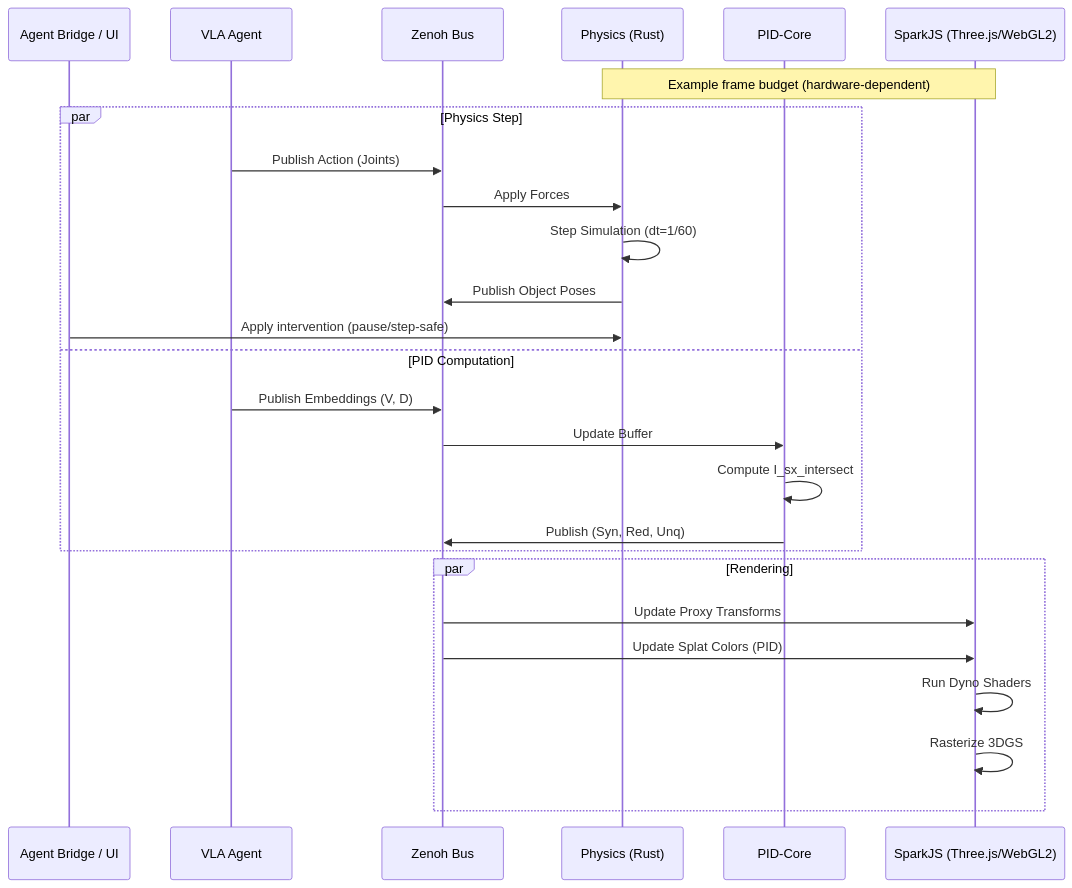
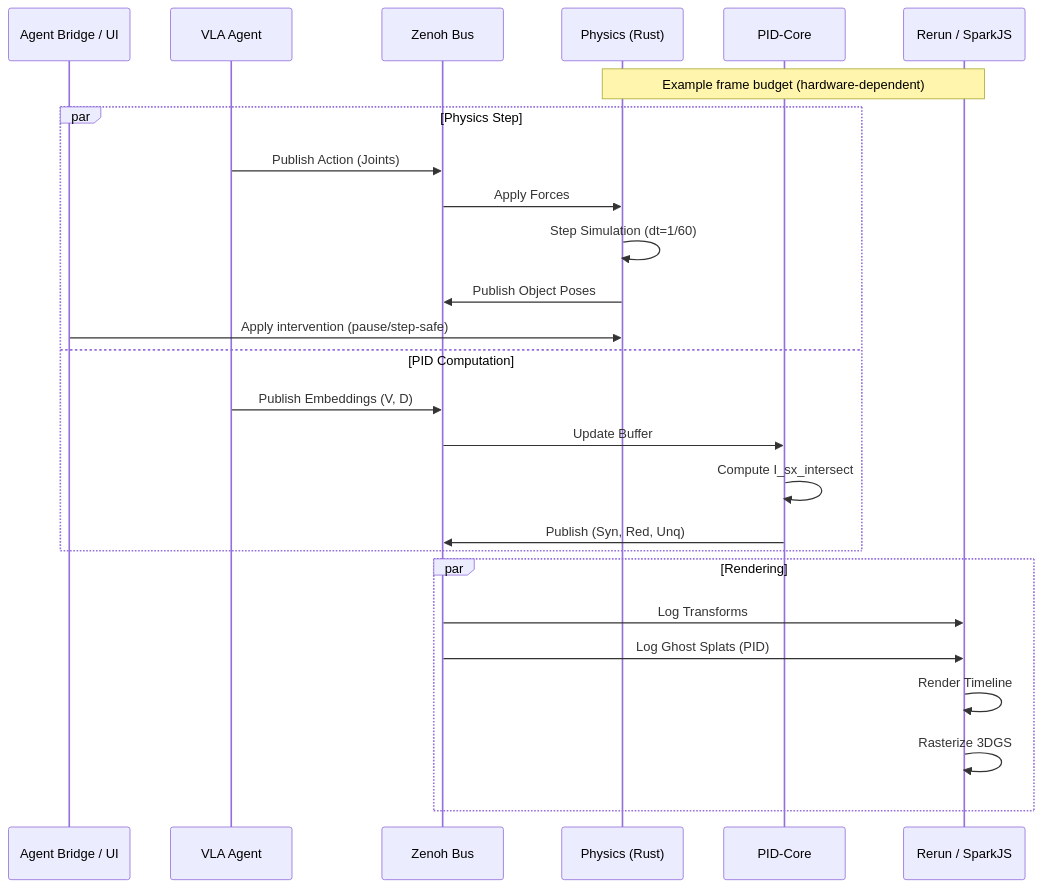
Before and after one commit to sepahead/prisoma: the second of 14 diagrams in DIAGRAMS.md, drawn with Mermaid. The commit also changed other lines of this file and 39 other files, not shown here.

````diff
--- a/DIAGRAMS.md
+++ b/DIAGRAMS.md
@@ -87,31 +87,31 @@
 ```mermaid
 sequenceDiagram
     participant Agent as Agent Bridge / UI
     participant VLA as VLA Agent
     participant Zenoh as Zenoh Bus
     participant Phys as Physics (Rust)
     participant PID as PID-Core
-    participant Spark as SparkJS (Three.js/WebGL2)
+    participant Vis as Rerun / SparkJS
 
-    Note over Phys,Spark: Example frame budget (hardware-dependent)
+    Note over Phys,Vis: Example frame budget (hardware-dependent)
 
     par Physics Step
         VLA->>Zenoh: Publish Action (Joints)
         Zenoh->>Phys: Apply Forces
         Phys->>Phys: Step Simulation (dt=1/60)
         Phys->>Zenoh: Publish Object Poses
         Agent->>Phys: Apply intervention (pause/step-safe)
     and PID Computation
         VLA->>Zenoh: Publish Embeddings (V, D)
         Zenoh->>PID: Update Buffer
         PID->>PID: Compute I_sx_intersect
         PID->>Zenoh: Publish (Syn, Red, Unq)
     end
 
     par Rendering
-        Zenoh->>Spark: Update Proxy Transforms
-        Zenoh->>Spark: Update Splat Colors (PID)
-        Spark->>Spark: Run Dyno Shaders
-        Spark->>Spark: Rasterize 3DGS
+        Zenoh->>Vis: Log Transforms
+        Zenoh->>Vis: Log Ghost Splats (PID)
+        Vis->>Vis: Render Timeline
+        Vis->>Vis: Rasterize 3DGS
     end
 ```
````
